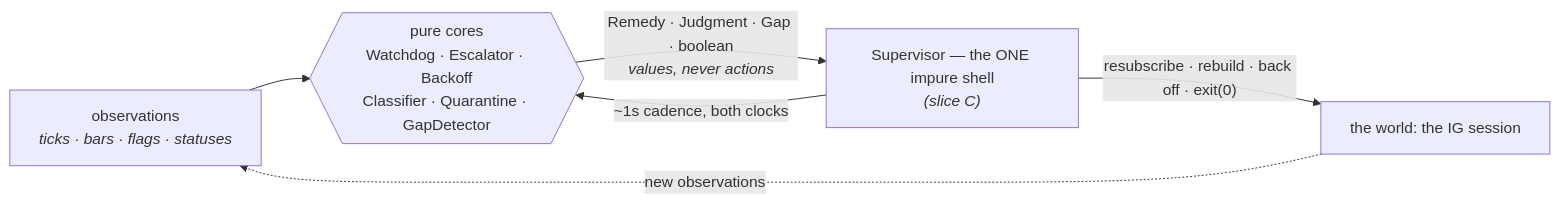
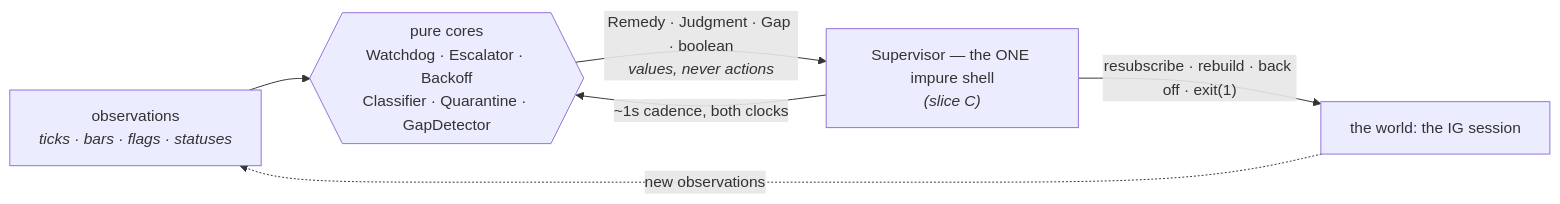
One commit to amfshr/tradebench changed the first of 2 diagrams in docs/field-manual/market-data-service/08-the-resilience-belt.md. Above: the diagram before and after it, drawn with Mermaid. The commit also changed other lines of this file and 25 other files, not shown here.

````diff
--- a/docs/field-manual/market-data-service/08-the-resilience-belt.md
+++ b/docs/field-manual/market-data-service/08-the-resilience-belt.md
@@ -32,12 +34,12 @@
 ```mermaid
 flowchart LR
     O["observations<br><i>ticks · bars · flags · statuses</i>"]
     C{{"pure cores<br>Watchdog · Escalator · Backoff<br>Classifier · Quarantine · GapDetector"}}
     S["Supervisor — the ONE impure shell<br><i>(slice C)</i>"]
     W["the world: the IG session"]
     O --> C
     C -->|"Remedy · Judgment · Gap · boolean<br><i>values, never actions</i>"| S
     S -->|"~1s cadence, both clocks"| C
-    S -->|"resubscribe · rebuild · back off · exit(0)"| W
+    S -->|"resubscribe · rebuild · back off · exit(1)"| W
     W -.->|new observations| O
 ```
````
